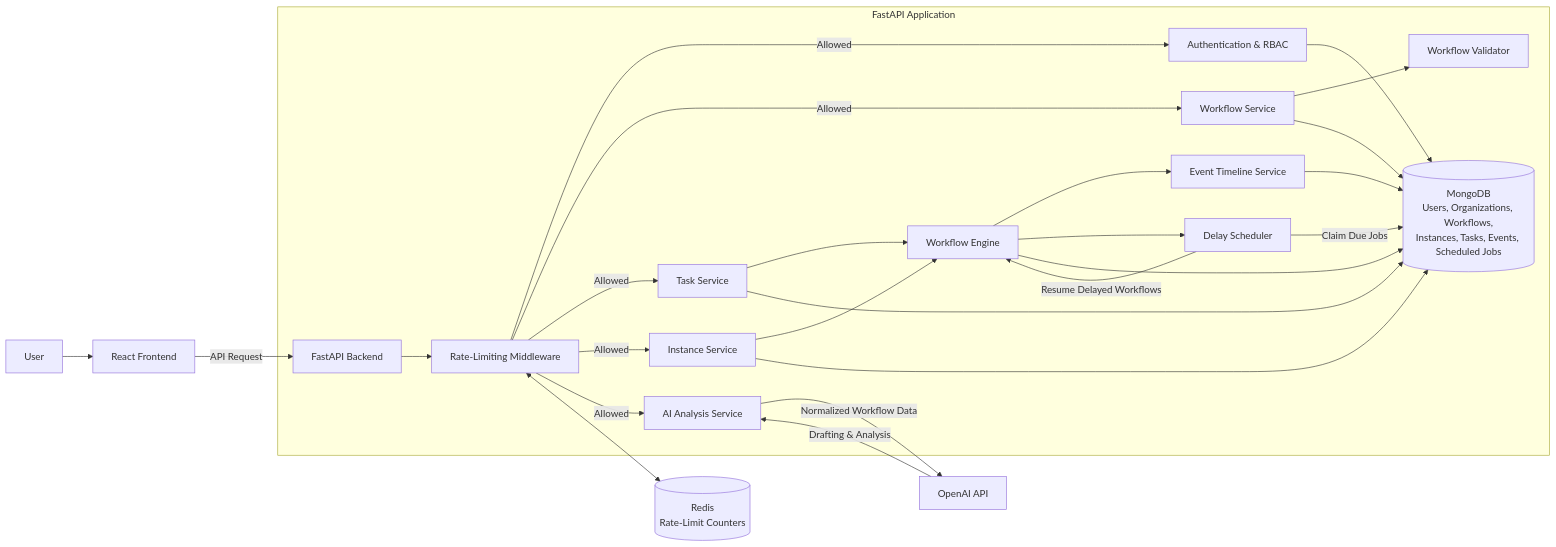
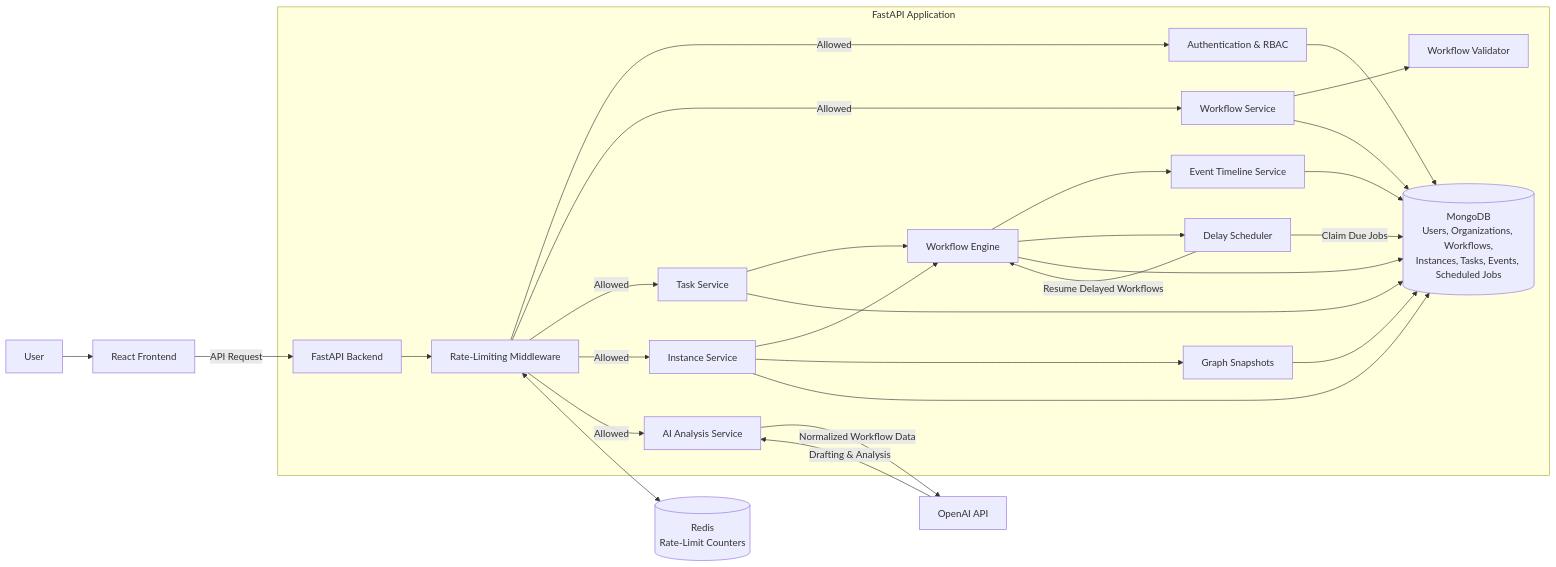
One commit to ErenKarakus1/AI-Assisted-Workflow-Builder changed the diagram in README.md. Above: the diagram before and after it, drawn with Mermaid.

Commit message:
docs: show graph snapshots in architecture

````diff
--- a/README.md
+++ b/README.md
@@ -62,37 +62,39 @@
 ```mermaid
 flowchart LR
     User[User] --> Frontend[React Frontend]
 
     Frontend -->|API Request| API[FastAPI Backend]
 
     subgraph Backend[FastAPI Application]
         API --> RateLimit[Rate-Limiting Middleware]
 
         RateLimit -->|Allowed| Auth[Authentication & RBAC]
         RateLimit -->|Allowed| Workflows[Workflow Service]
         RateLimit -->|Allowed| Tasks[Task Service]
         RateLimit -->|Allowed| Instances[Instance Service]
         RateLimit -->|Allowed| AIService[AI Analysis Service]
 
         Workflows --> Validator[Workflow Validator]
         Instances --> Engine[Workflow Engine]
         Tasks --> Engine
+        Instances --> Snapshots[Graph Snapshots]
 
         Engine --> Events[Event Timeline Service]
         Engine --> Scheduler[Delay Scheduler]
         Scheduler -->|Claim Due Jobs| Mongo
         Scheduler -->|Resume Delayed Workflows| Engine
     end
 
     RateLimit <--> Redis[(Redis<br/>Rate-Limit Counters)]
 
     Auth --> Mongo[(MongoDB<br/>Users, Organizations, Workflows,<br/>Instances, Tasks, Events, Scheduled Jobs)]
     Workflows --> Mongo
     Tasks --> Mongo
     Instances --> Mongo
+    Snapshots --> Mongo
     Engine --> Mongo
     Events --> Mongo
 
     AIService -->|Normalized Workflow Data| OpenAI[OpenAI API]
     OpenAI -->|Drafting & Analysis| AIService
 ```
````
